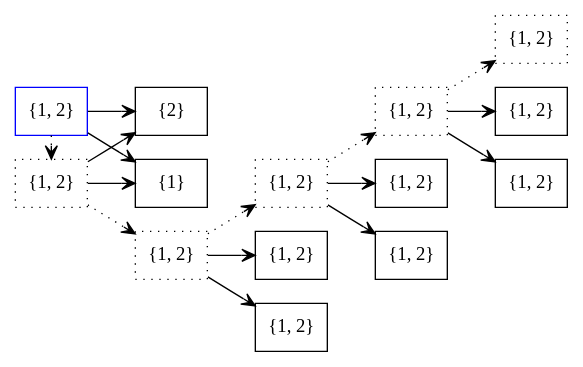
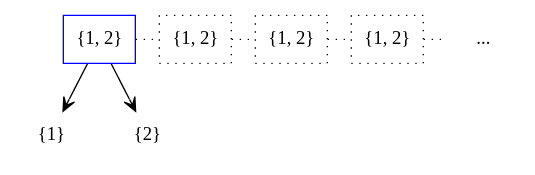
One commit to hwayne/learntla-v2 changed the diagram in docs/beginner/graphs/stuttering.gv. Above: the diagram before and after it, drawn with Graphviz. The commit also changed 16 other files, not shown here.

```diff
--- a/docs/beginner/graphs/stuttering.gv
+++ b/docs/beginner/graphs/stuttering.gv
@@ -1,23 +1,22 @@
 digraph stuttering {
-  rankdir=LR;
   node[shape=rect, fontname="Fira Code"];
   edge[arrowhead=vee];
 
   node[label="{1, 2}"];
   {
     rank=same;
+    cont[shape=none, label="..."]
+
     A1[color=blue] 
-    S1[style=dotted];
+    {
+      edge[style=dotted, arrowhead=none];
+      node[style=dotted];
+      A1 -> S1 -> S2 -> S3 -> cont;
+    }
   }
   
-  A1 -> {E1[label="{1}"] E2[label="{2}"]};
-  A1 -> S1[style=dotted];
-  {edge[style=dotted];
-  node[style=dotted];
-  S1 -> S2 -> S3 -> S4 -> S5;
-  }
-  S1 -> {E1 E2};
-  S2 -> {E3 E4};
-  S3 -> {E5 E6};
-  S4 -> {E7 E8};
+  
+  node[shape=none];
+  {A1} -> {E1[label="{1}"] E2[label="{2}"]};
+
 }
```
